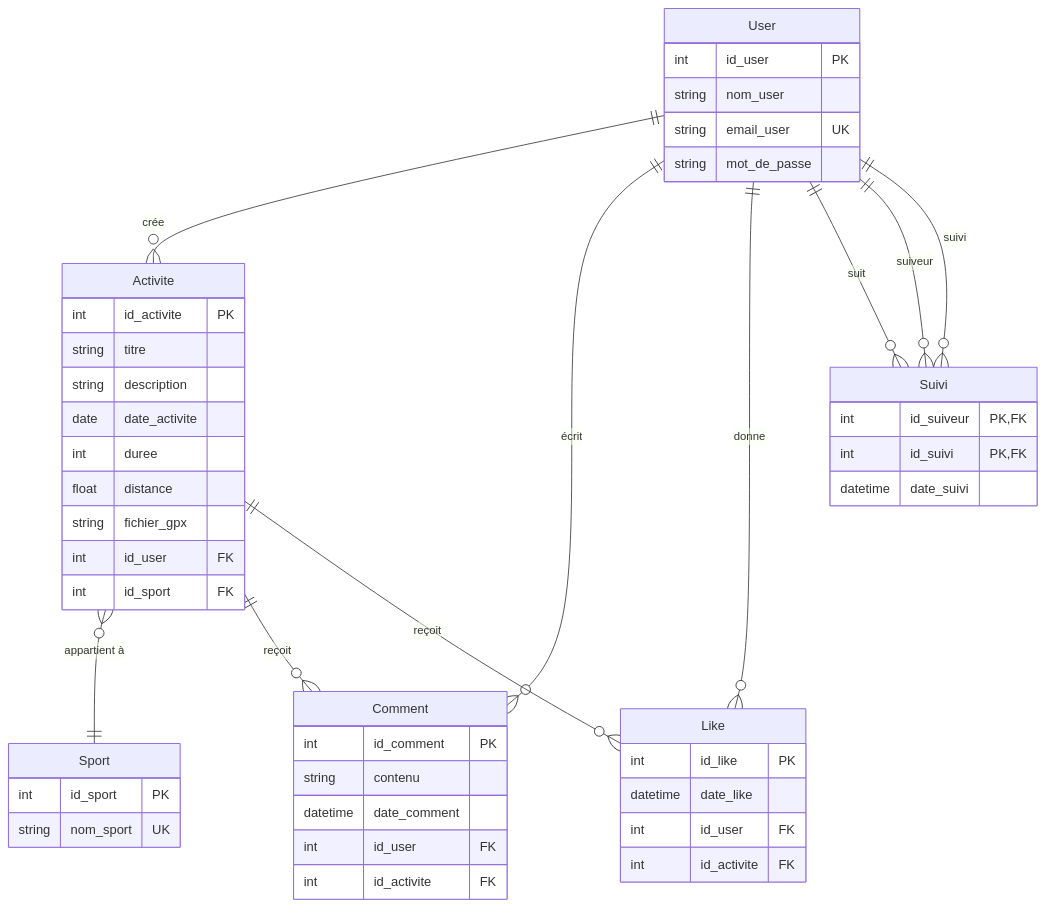
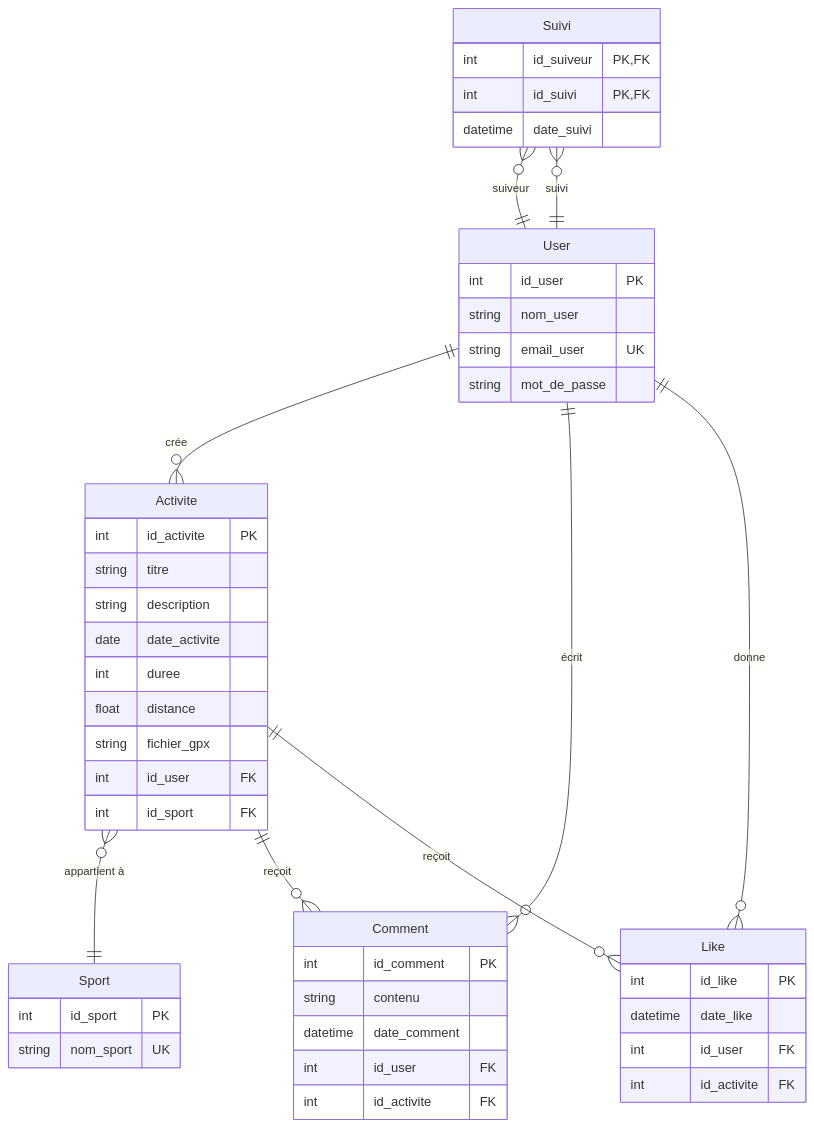
One commit to TeodoraHub/Info-2A-Strava changed the diagram in modèle_physique_données.md. Above: the diagram before and after it, drawn with Mermaid.

Commit message:
Suppression lien "suivi" MPD

````diff
--- a/modèle_physique_données.md
+++ b/modèle_physique_données.md
@@ -1,61 +1,60 @@
 ```mermaid
 erDiagram
     User {
         int id_user PK
         string nom_user
         string email_user UK
         string mot_de_passe
     }
 
     Sport {
         int id_sport PK
         string nom_sport UK
     }
 
     Activite {
         int id_activite PK
         string titre
         string description
         date date_activite
         int duree
         float distance
         string fichier_gpx
         int id_user FK
         int id_sport FK
     }
 
     Comment {
         int id_comment PK
         string contenu
         datetime date_comment
         int id_user FK
         int id_activite FK
     }
 
     Like {
         int id_like PK
         datetime date_like
         int id_user FK
         int id_activite FK
     }
 
     Suivi {
         int id_suiveur PK, FK
         int id_suivi PK, FK
         datetime date_suivi
     }
 
 
     %% Relations
     User ||--o{ Activite : "crée"
     User ||--o{ Comment : "écrit"
     User ||--o{ Like : "donne"
-    User ||--o{ Suivi : "suit"
 
     Activite }o--|| Sport : "appartient à"
     Activite ||--o{ Comment : "reçoit"
     Activite ||--o{ Like : "reçoit"
 
     Suivi }o--|| User : "suiveur"
     Suivi }o--|| User : "suivi"
 ```
````
